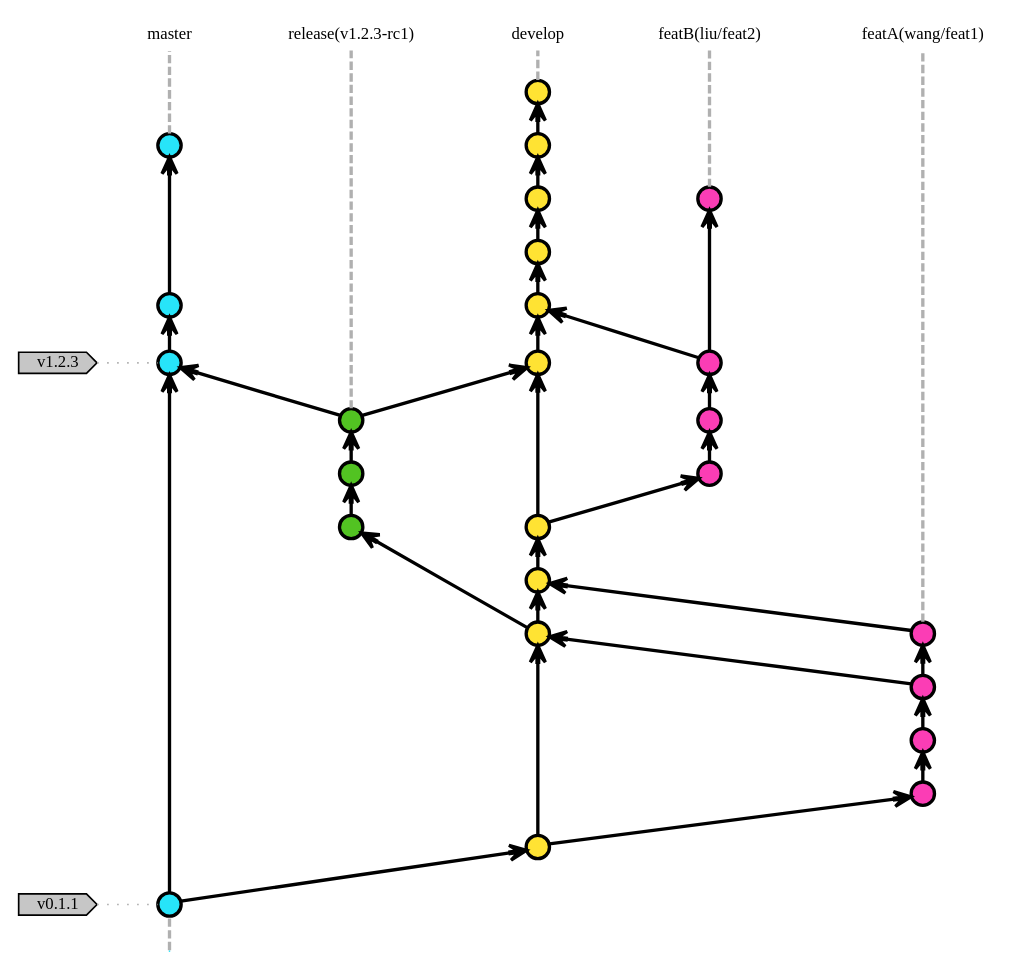
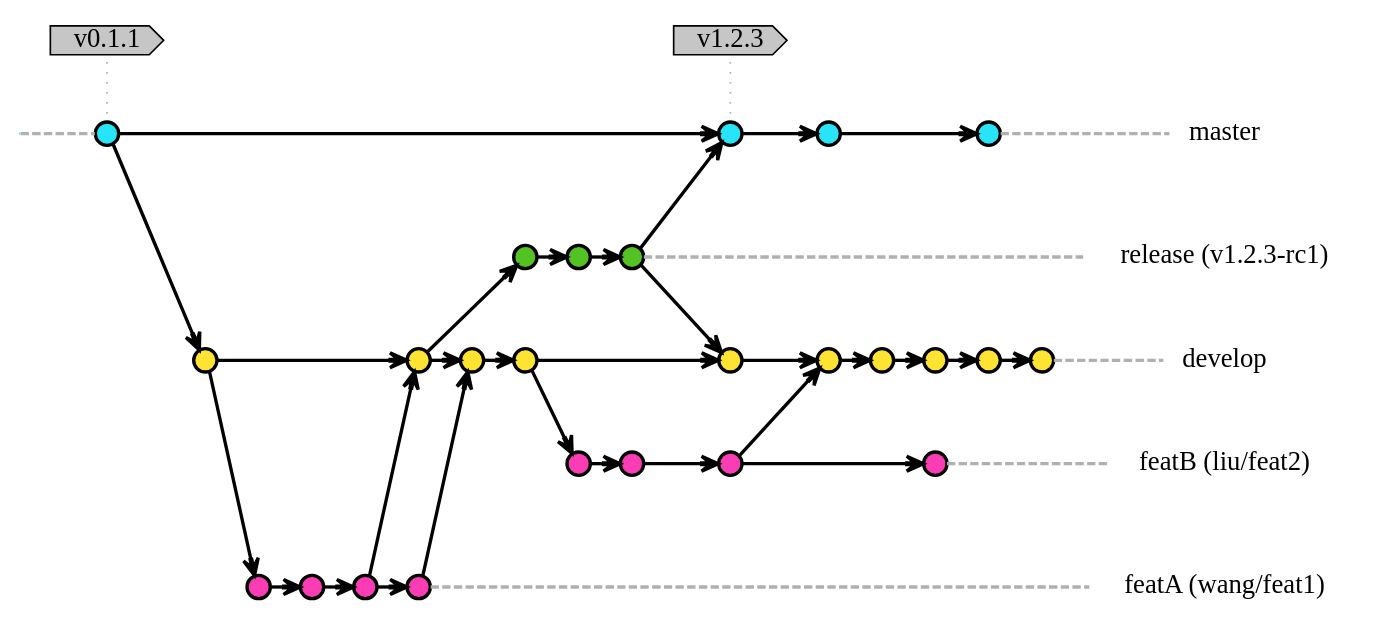
One commit to Jeanhwea/graphs changed the diagram in gitflow/main.dot. Above: the diagram before and after it, drawn with Graphviz. The commit also changed 1 other file, not shown here.

```diff
--- a/gitflow/main.dot
+++ b/gitflow/main.dot
@@ -1,126 +1,126 @@
 strict digraph git {
-    rankdir="BT"; nodesep=0.5; ranksep=0.25; splines=line; forcelabels=false;
+    rankdir="LR"; nodesep=0.5; ranksep=0.25; splines=line; forcelabels=false;
 
     // general
-    node [style=filled, color="black", fontcolor="black", font="Consolas", fontsize="10pt" ];
+    node [style=filled, color="black", fontcolor="black", font="Source Code Pro", fontsize="16pt" ];
     edge [arrowhead=vee, color="black", penwidth=2];
 
     // branch
     node [fixedsize=false, penwidth=0, fillcolor=none, shape=none, width=0, height=0, margin="0.05"];
     subgraph {
         rank=sink;
         master [label="master", group="master"];
     }
     subgraph {
         rank=sink;
-        rc1 [label="release(v1.2.3-rc1)", group="release"];
+        rc1 [label="release (v1.2.3-rc1)", group="release"];
     }
     // subgraph {
     //     rank=sink;
     //     rc2 [label="v1.0.3-rc", group="releaseB"];
     // }
 
     subgraph {
         rank=sink;
         develop [label="develop", group="develop"];
     }
 
     subgraph {
         rank=sink;
-        featA [label="featA(wang/feat1)", group="featA"];
+        featA [label="featA (wang/feat1)", group="featA"];
     }
     subgraph {
         rank=sink;
-        featB [label="featB(liu/feat2)", group="featB"];
+        featB [label="featB (liu/feat2)", group="featB"];
     }
 
     node [shape=cds, fixedsize=false, fillcolor="#C6C6C6", penwidth=1, margin="0.11,0.055"]
     tag1 [label="v0.1.1"]
     tag2 [label="v1.2.3"]
 
     // graph
 
     node [width=0.2, height=0.2, fixedsize=true, label="", margin="0.11,0.055", shape=circle, penwidth=2, fillcolor="#FF0000"]
 
     // branches
     subgraph {
         node  [group="master", fillcolor="#27E4F9"];
         mst1; mst2; mst3; mst4;
         subgraph {
             rank=source;
             init [label="", width=0, height=0, penwidth=0];
         }
         init -> mst1 [color="#b0b0b0", style=dashed, arrowhead=none ];
         mst1 -> mst2 -> mst3 -> mst4;
         mst4 -> master [color="#b0b0b0", style=dashed, arrowhead=none ];
     }
 
     subgraph {
         node  [group="release", fillcolor="#52C322"];
         rca1; rca2; rca3;
         rca1 -> rca2 -> rca3;
         rca3 -> rc1 [color="#b0b0b0", style=dashed, arrowhead=none];
     }
 
     // subgraph {
     //     node  [group="releaseB", fillcolor="#52C322"];
     //     rcb1; rcb2;
     //     rcb1 -> rcb2;
     //     rcb2 -> rc2 [color="#b0b0b0", style=dashed, arrowhead=none];
     // }
 
     subgraph {
         node  [group="develop", fillcolor="#FFE333"];
         dev1; dev2; dev3; dev4; dev5; dev6; dev7; dev8; dev9; dev10;
         dev1 -> dev2 -> dev3 -> dev4 -> dev5 -> dev6 -> dev7 -> dev8 -> dev9 -> dev10;
         dev10 -> develop [color="#b0b0b0", style=dashed, arrowhead=none ];
     }
 
     subgraph {
         node  [group="featA", fillcolor="#FB3DB5"];
         fa1; fa2; fa3; fa4;
         fa1 -> fa2 -> fa3 -> fa4;
         fa4 -> featA [color="#b0b0b0", style=dashed, arrowhead=none];
 
     }
 
     subgraph {
         node  [group="featB", fillcolor="#FB3DB5"];
         fb1; fb2; fb3; fb4;
         fb1 -> fb2 -> fb3 -> fb4;
         fb4 -> featB [color="#b0b0b0", style=dashed, arrowhead=none];
     }
 
 
 
     // merge
     mst1 -> dev1;
 
     dev2 -> rca1;
     rca3 -> mst2;
     rca3 -> dev5;
 
     // dev7 -> rcb1;
     // rcb2 -> dev8;
     // rcb2 -> mst3;
 
     dev1 -> fa1;
     dev4 -> fb1;
     fa3 -> dev2;
     fa4 -> dev3;
     fb3 -> dev6;
 
 
 
     // tags connections
     edge [color="#b0b0b0", style=dotted, len=0.3, arrowhead=none, penwidth=1];
     subgraph  {
         rank="same";
         tag1 -> mst1;
     }
     subgraph  {
         rank="same";
         tag2 -> mst2;
     }
 
 }
```
